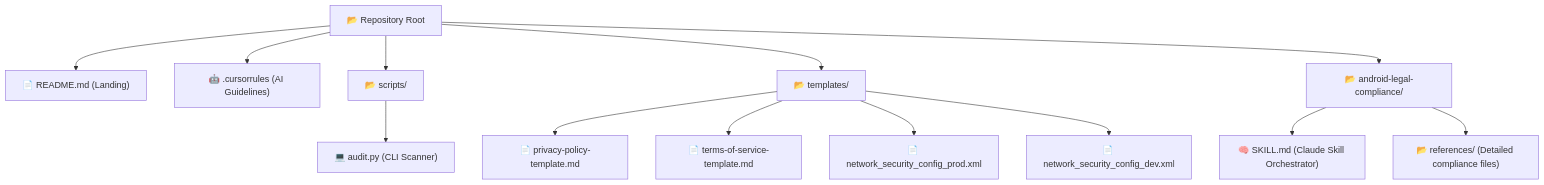
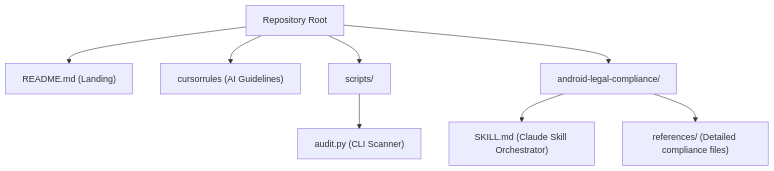
The diagram in README.md (Jaimin-prajapati-ds/android-legal-compliance), drawn with Mermaid before and after one commit. The commit also changed other lines of this file, not shown here.

````diff
--- a/README.md
+++ b/README.md
@@ -30,15 +29,10 @@
 ```mermaid
 graph TD
-    Root["📂 Repository Root"] --> README["📄 README.md (Landing)"]
-    Root --> Rules["🤖 .cursorrules (AI Guidelines)"]
-    Root --> Scripts["📂 scripts/"]
-    Scripts --> Audit["💻 audit.py (CLI Scanner)"]
-    Root --> Templates["📂 templates/"]
-    Templates --> PrivPolicy["📄 privacy-policy-template.md"]
-    Templates --> ToS["📄 terms-of-service-template.md"]
-    Templates --> NetSecProd["📄 network_security_config_prod.xml"]
-    Templates --> NetSecDev["📄 network_security_config_dev.xml"]
-    Root --> Skill["📂 android-legal-compliance/"]
-    Skill --> SkillMD["🧠 SKILL.md (Claude Skill Orchestrator)"]
-    Skill --> Refs["📂 references/ (Detailed compliance files)"]
+    Root["Repository Root"] --> README["README.md (Landing)"]
+    Root --> Rules["cursorrules (AI Guidelines)"]
+    Root --> Scripts["scripts/"]
+    Scripts --> Audit["audit.py (CLI Scanner)"]
+    Root --> Skill["android-legal-compliance/"]
+    Skill --> SkillMD["SKILL.md (Claude Skill Orchestrator)"]
+    Skill --> Refs["references/ (Detailed compliance files)"]
 ```
````
